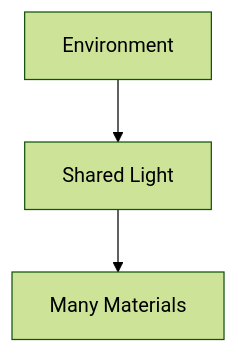
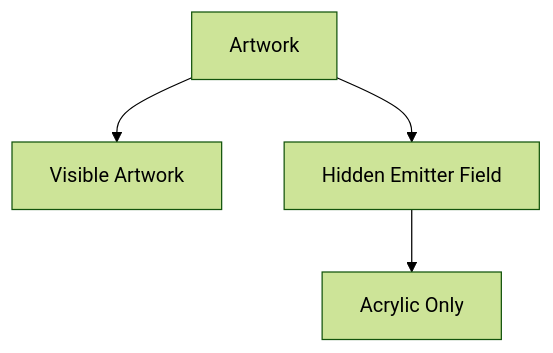
One commit to mosaic-media/architecture changed the second of 7 diagrams in docs/design/system/mds-003-material-system/09-light-transport.md. Above: the diagram before and after it, drawn with Mermaid (forest theme). The commit also changed other lines of this file and 12 other files, not shown here.

Commit message:
docs(mds-003): define refraction architecture

````diff
--- a/docs/design/system/mds-003-material-system/09-light-transport.md
+++ b/docs/design/system/mds-003-material-system/09-light-transport.md
@@ -92,10 +85,12 @@
 ```mermaid
 flowchart TD
 
-N1["Environment"]
-N2["Shared Light"]
-N3["Many Materials"]
+N1["Artwork"]
+N2["Visible Artwork"]
+N3["Hidden Emitter Field"]
+N4["Acrylic Only"]
 
 N1 --> N2
-N2 --> N3
+N1 --> N3
+N3 --> N4
 ```
````
